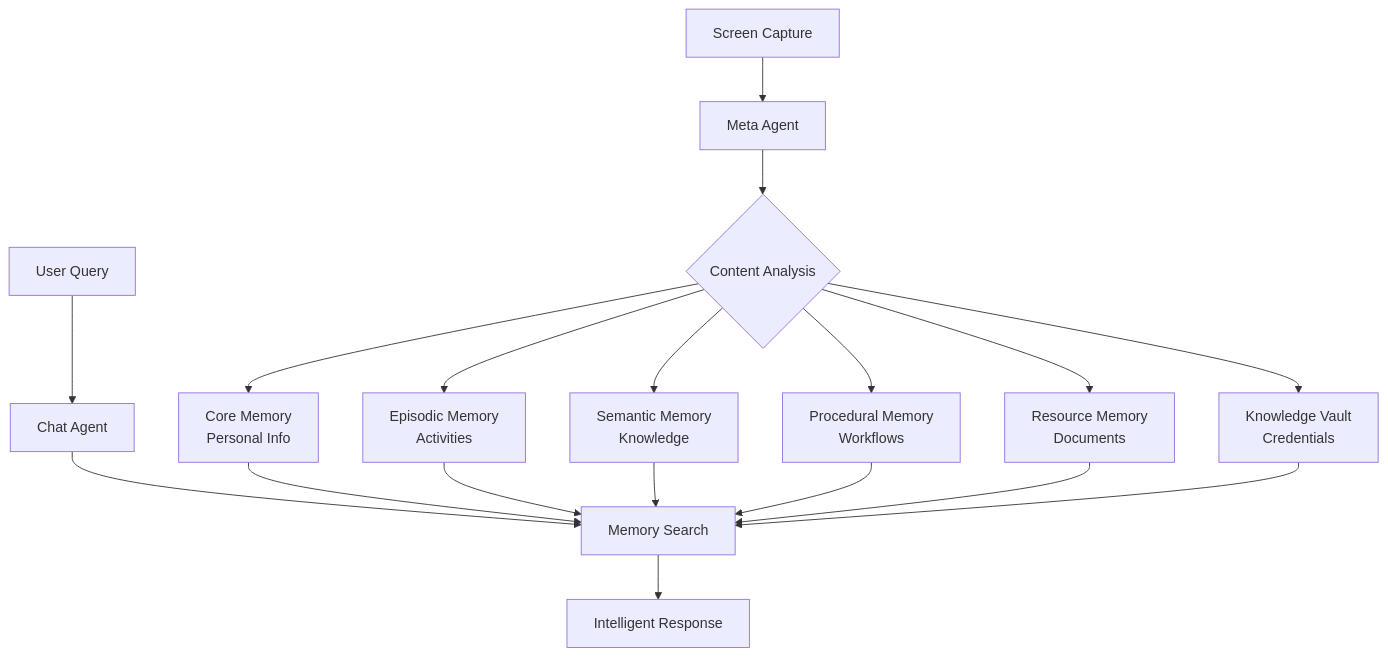
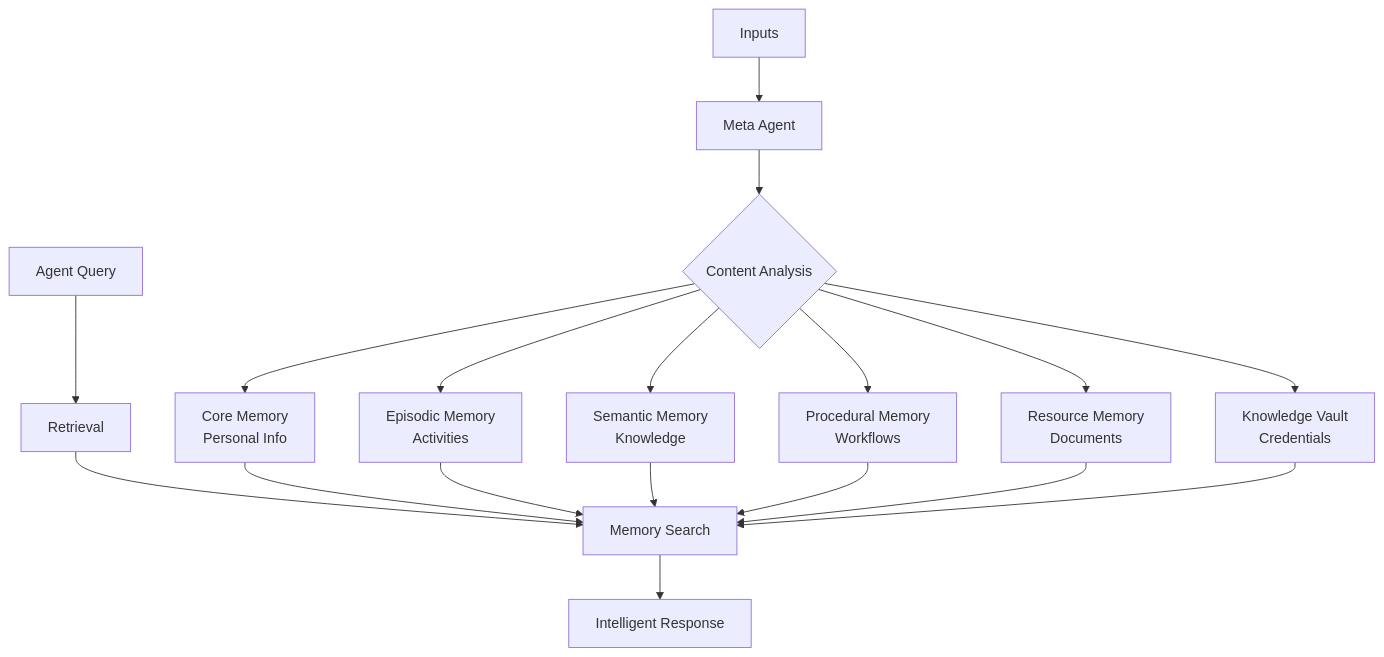
The diagram in docs/index.md (Mirix-AI/MIRIX-docs), drawn with Mermaid before and after one commit. The commit also changed other lines of this file and 16 other files, not shown here.

````diff
--- a/docs/index.md
+++ b/docs/index.md
@@ -63,21 +62,21 @@
 ```mermaid
 flowchart TD
-    A[Screen Capture] --> B[Meta Agent]
+    A[Inputs] --> B[Meta Agent]
     B --> C{Content Analysis}
     C --> D[Core Memory<br/>Personal Info]
     C --> E[Episodic Memory<br/>Activities]
     C --> F[Semantic Memory<br/>Knowledge]
     C --> G[Procedural Memory<br/>Workflows]
     C --> H[Resource Memory<br/>Documents]
     C --> I[Knowledge Vault<br/>Credentials]
     
-    J[User Query] --> K[Chat Agent]
+    J[Agent Query] --> K[Retrieval]
     K --> L[Memory Search]
     D --> L
     E --> L
     F --> L
     G --> L
     H --> L
     I --> L
     L --> M[Intelligent Response]
 ```
````
